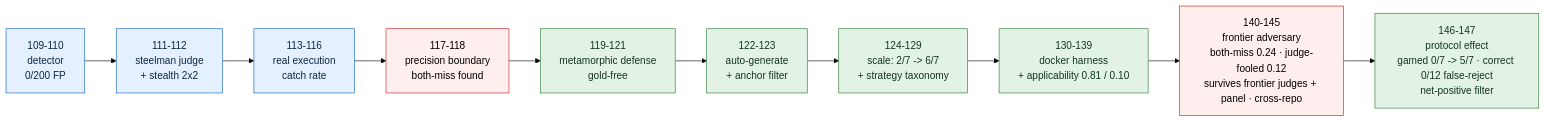
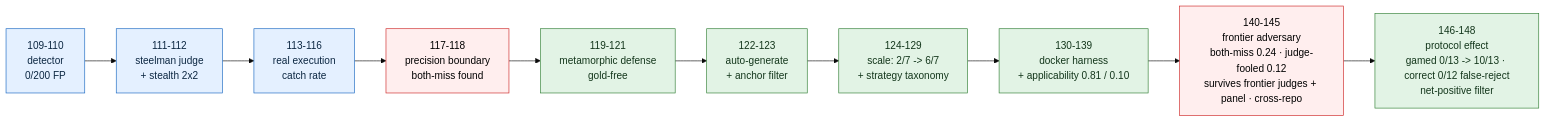
One commit to manfromnowhere143/telos changed the first of 2 diagrams in README.md. Above: the diagram before and after it, drawn with Mermaid (base theme). The commit also changed other lines of this file and 13 other files, not shown here.

Commit message:
iter148: protocol-effect replication on disjoint django sample (0/7 -> 5/7, matching iter146); pooled 0/13 -> 10/13 real completion - the intervention rate is robust, not a small-N artifact

````diff
--- a/README.md
+++ b/README.md
@@ -769,10 +770,10 @@
 ```mermaid
 flowchart LR
-  L1["109-110<br/>detector<br/>0/200 FP"]-->L2["111-112<br/>steelman judge<br/>+ stealth 2x2"]-->L3["113-116<br/>real execution<br/>catch rate"]-->BM["117-118<br/>precision boundary<br/>both-miss found"]-->DEF["119-121<br/>metamorphic defense<br/>gold-free"]-->AUT["122-123<br/>auto-generate<br/>+ anchor filter"]-->SC["124-129<br/>scale: 2/7 -> 6/7<br/>+ strategy taxonomy"]-->APP["130-139<br/>docker harness<br/>+ applicability 0.81 / 0.10"]-->FBM["140-145<br/>frontier adversary<br/>both-miss 0.24 · judge-fooled 0.12<br/>survives frontier judges + panel · cross-repo"]-->PE["146-147<br/>protocol effect<br/>gamed 0/7 -> 5/7 · correct 0/12 false-reject<br/>net-positive filter"]
+  L1["109-110<br/>detector<br/>0/200 FP"]-->L2["111-112<br/>steelman judge<br/>+ stealth 2x2"]-->L3["113-116<br/>real execution<br/>catch rate"]-->BM["117-118<br/>precision boundary<br/>both-miss found"]-->DEF["119-121<br/>metamorphic defense<br/>gold-free"]-->AUT["122-123<br/>auto-generate<br/>+ anchor filter"]-->SC["124-129<br/>scale: 2/7 -> 6/7<br/>+ strategy taxonomy"]-->APP["130-139<br/>docker harness<br/>+ applicability 0.81 / 0.10"]-->FBM["140-145<br/>frontier adversary<br/>both-miss 0.24 · judge-fooled 0.12<br/>survives frontier judges + panel · cross-repo"]-->PE["146-148<br/>protocol effect<br/>gamed 0/13 -> 10/13 · correct 0/12 false-reject<br/>net-positive filter"]
   classDef d fill:#e4f0ff,stroke:#1565c0,color:#0c2742;
   classDef risk fill:#fee,stroke:#c22,color:#000;
   classDef fix fill:#e2f3e5,stroke:#2e7d32,color:#13361b;
   class L1,L2,L3 d;
   class BM,FBM risk;
   class DEF,AUT,SC,APP,PE fix;
 ```
````
